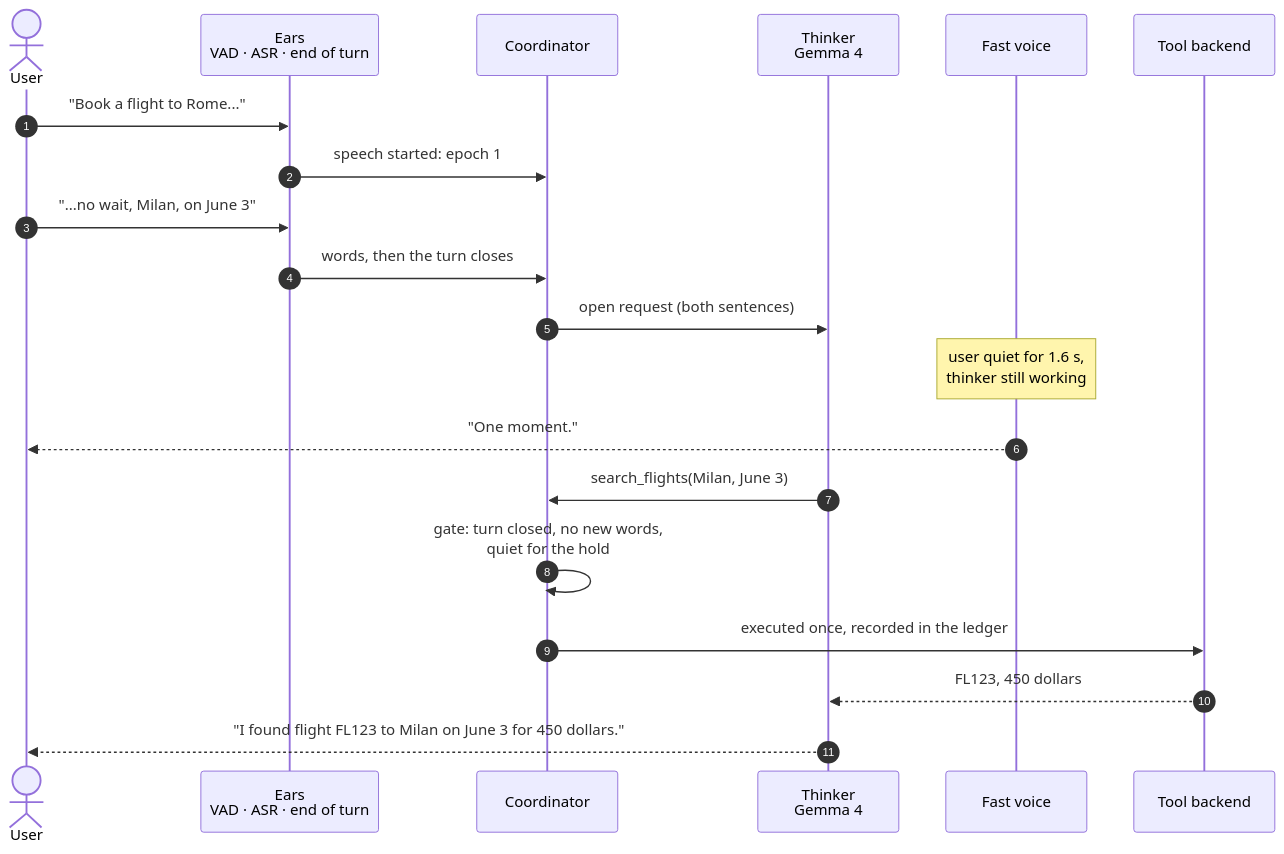
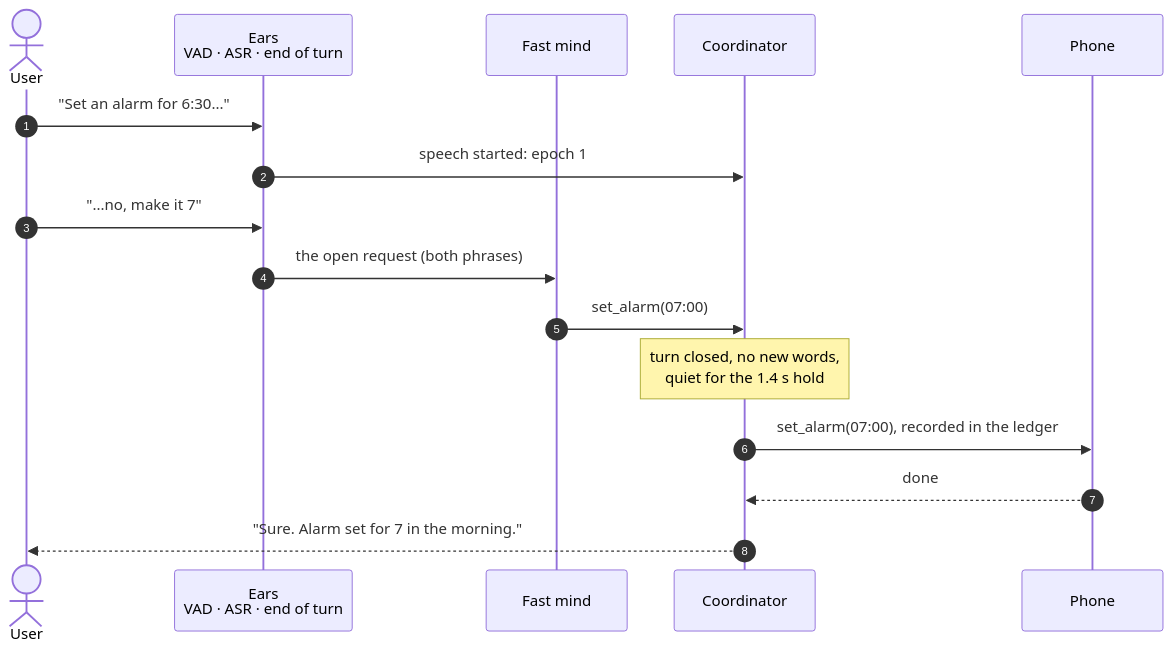
The second of 3 diagrams in README.md (tannnmayy/DUET-SAMSUNGPRISM-HACKATHON-TEAM-SE7EN), drawn with Mermaid before and after one commit. The commit also changed other lines of this file and 256 other files, not shown here.

````diff
--- a/README.md
+++ b/README.md
@@ -97,23 +158,19 @@
 ```mermaid
 sequenceDiagram
     autonumber
     actor User
     participant Ears as Ears<br/>VAD · ASR · end of turn
+    participant Fast as Fast mind
     participant Coord as Coordinator
-    participant Thinker as Thinker<br/>Gemma 4
-    participant Voice as Fast voice
-    participant Tools as Tool backend
+    participant Phone
 
-    User->>Ears: "Book a flight to Rome..."
+    User->>Ears: "Set an alarm for 6:30..."
     Ears->>Coord: speech started: epoch 1
-    User->>Ears: "...no wait, Milan, on June 3"
-    Ears->>Coord: words, then the turn closes
-    Coord->>Thinker: open request (both sentences)
-    Note over Voice: user quiet for 1.6 s,<br/>thinker still working
-    Voice-->>User: "One moment."
-    Thinker->>Coord: search_flights(Milan, June 3)
-    Coord->>Coord: gate: turn closed, no new words,<br/>quiet for the hold
-    Coord->>Tools: executed once, recorded in the ledger
-    Tools-->>Thinker: FL123, 450 dollars
-    Thinker-->>User: "I found flight FL123 to Milan on June 3 for 450 dollars."
+    User->>Ears: "...no, make it 7"
+    Ears->>Fast: the open request (both phrases)
+    Fast->>Coord: set_alarm(07:00)
+    Note over Coord: turn closed, no new words,<br/>quiet for the 1.4 s hold
+    Coord->>Phone: set_alarm(07:00), recorded in the ledger
+    Phone-->>Coord: done
+    Coord-->>User: "Sure. Alarm set for 7 in the morning."
 ```
````
